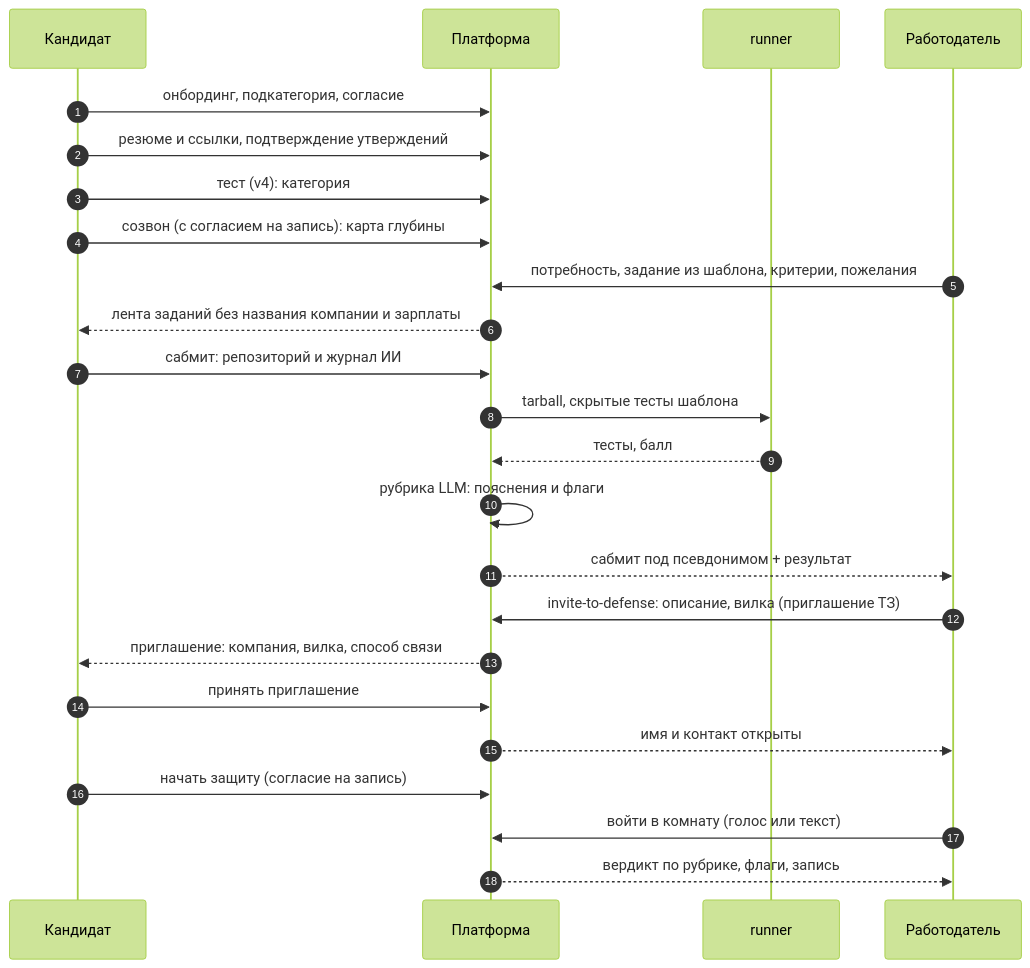
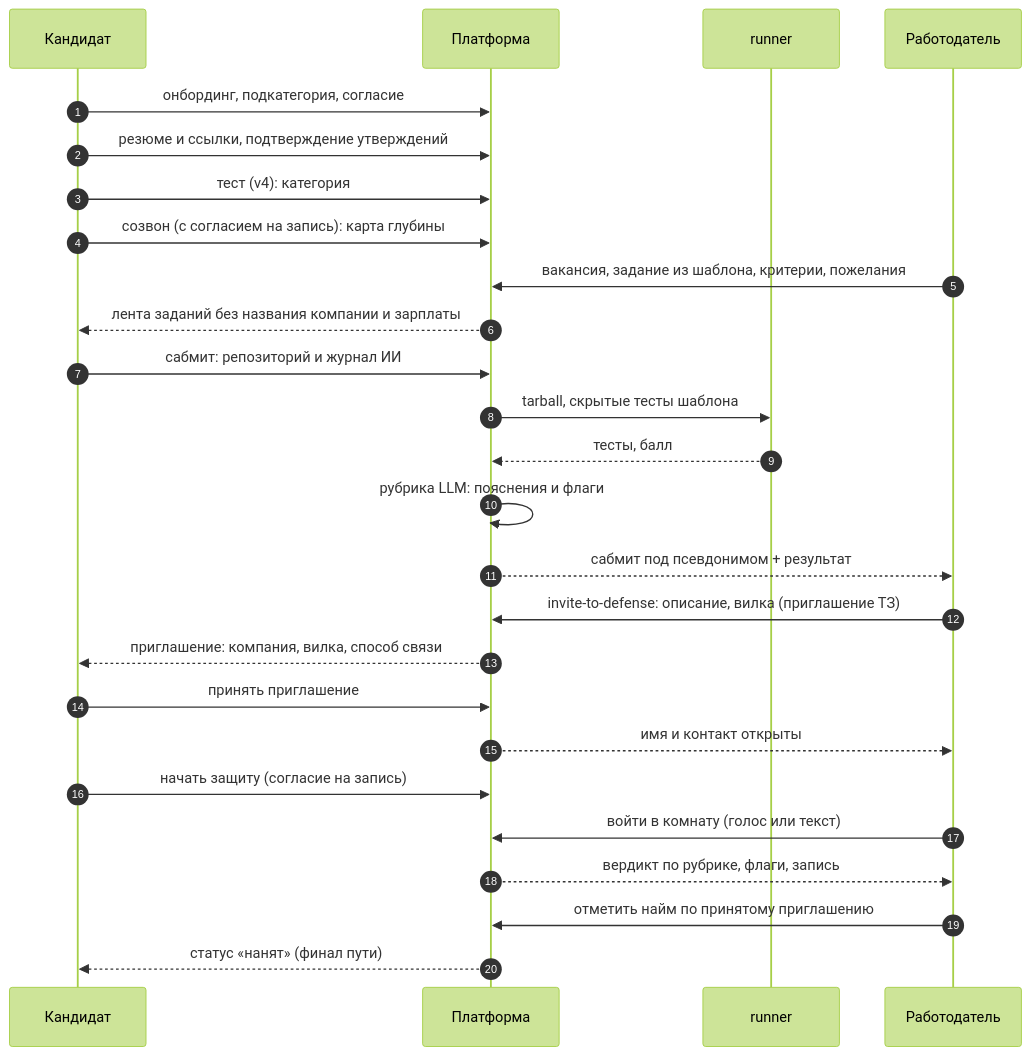
The diagram in docs/cjm.md (danelyan/Meshwork), drawn with Mermaid (forest theme) before and after one commit. The commit also changed other lines of this file, not shown here.

Commit message:
docs(cjm): актуализация по main 8df774c (11.10), нанят, экраны, демо-персоны

````diff
--- a/docs/cjm.md
+++ b/docs/cjm.md
@@ -13,26 +17,28 @@
 ```mermaid
 sequenceDiagram
   autonumber
   participant K as Кандидат
   participant P as Платформа
   participant R as runner
   participant E as Работодатель
   K->>P: онбординг, подкатегория, согласие
   K->>P: резюме и ссылки, подтверждение утверждений
   K->>P: тест (v4): категория
   K->>P: созвон (с согласием на запись): карта глубины
-  E->>P: потребность, задание из шаблона, критерии, пожелания
+  E->>P: вакансия, задание из шаблона, критерии, пожелания
   P-->>K: лента заданий без названия компании и зарплаты
   K->>P: сабмит: репозиторий и журнал ИИ
   P->>R: tarball, скрытые тесты шаблона
   R-->>P: тесты, балл
   P->>P: рубрика LLM: пояснения и флаги
   P-->>E: сабмит под псевдонимом + результат
   E->>P: invite-to-defense: описание, вилка (приглашение ТЗ)
   P-->>K: приглашение: компания, вилка, способ связи
   K->>P: принять приглашение
   P-->>E: имя и контакт открыты
   K->>P: начать защиту (согласие на запись)
   E->>P: войти в комнату (голос или текст)
   P-->>E: вердикт по рубрике, флаги, запись
+  E->>P: отметить найм по принятому приглашению
+  P-->>K: статус «нанят» (финал пути)
 ```
````
